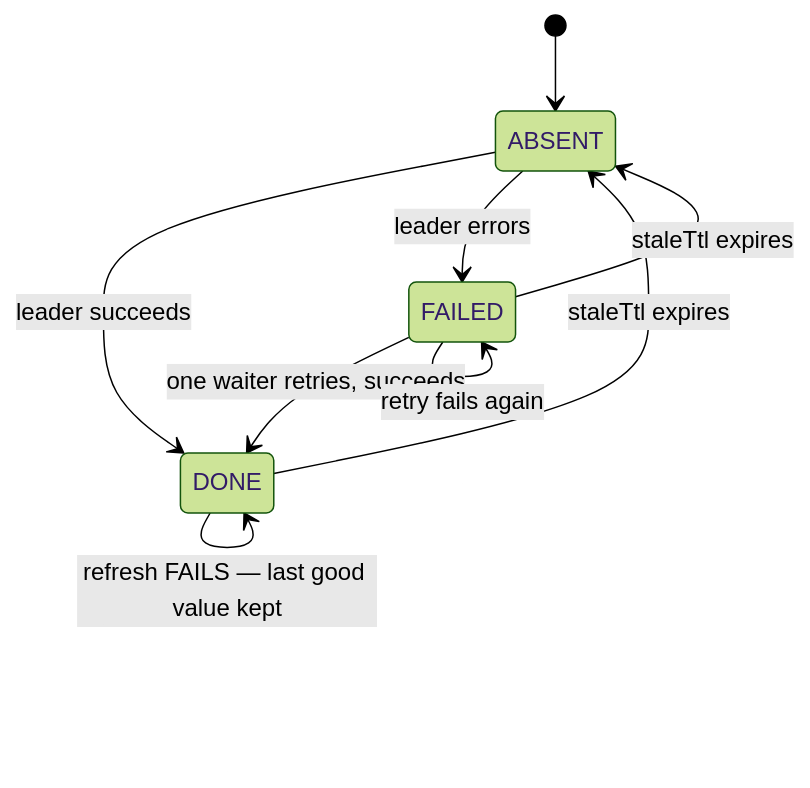
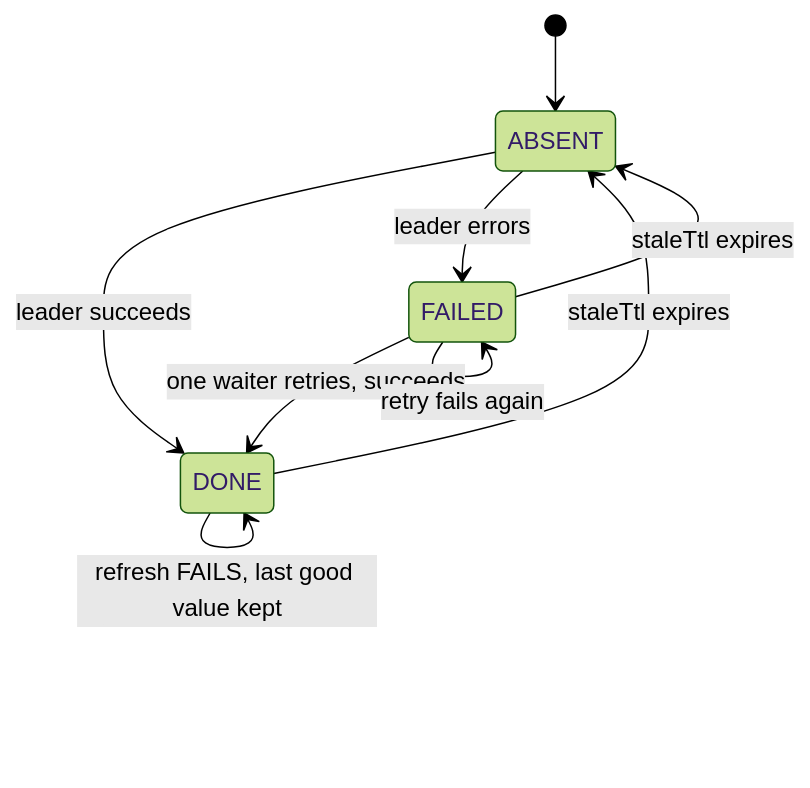
The fifth of 5 diagrams in README.md (BitanSarkar/coalesce-java), drawn with Mermaid (forest theme) before and after one commit. The commit also changed other lines of this file and 9 other files, not shown here.

````diff
--- a/README.md
+++ b/README.md
@@ -402,12 +402,12 @@
 ```mermaid
 stateDiagram-v2
     [*] --> ABSENT
     ABSENT --> DONE: leader succeeds
     ABSENT --> FAILED: leader errors
     DONE --> DONE: background refresh succeeds
-    DONE --> DONE: refresh FAILS — last good value kept
+    DONE --> DONE: refresh FAILS, last good value kept
     DONE --> ABSENT: staleTtl expires
     FAILED --> DONE: one waiter retries, succeeds
     FAILED --> FAILED: retry fails again
     FAILED --> ABSENT: staleTtl expires
 ```
````
